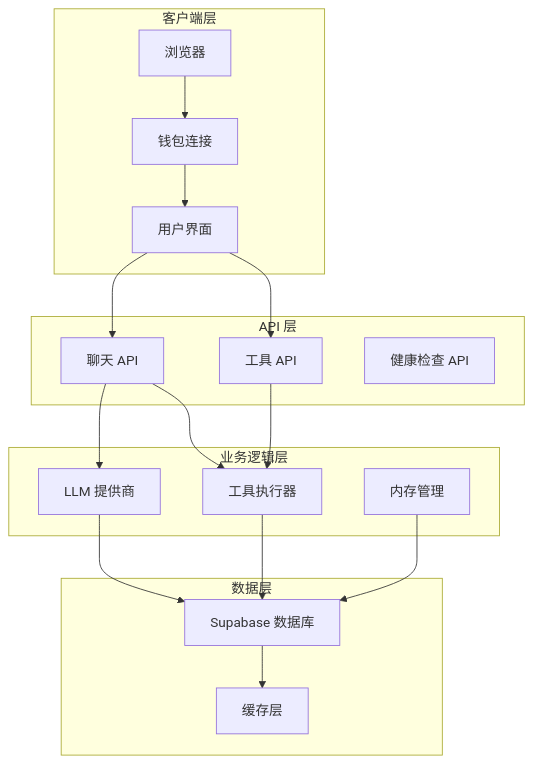
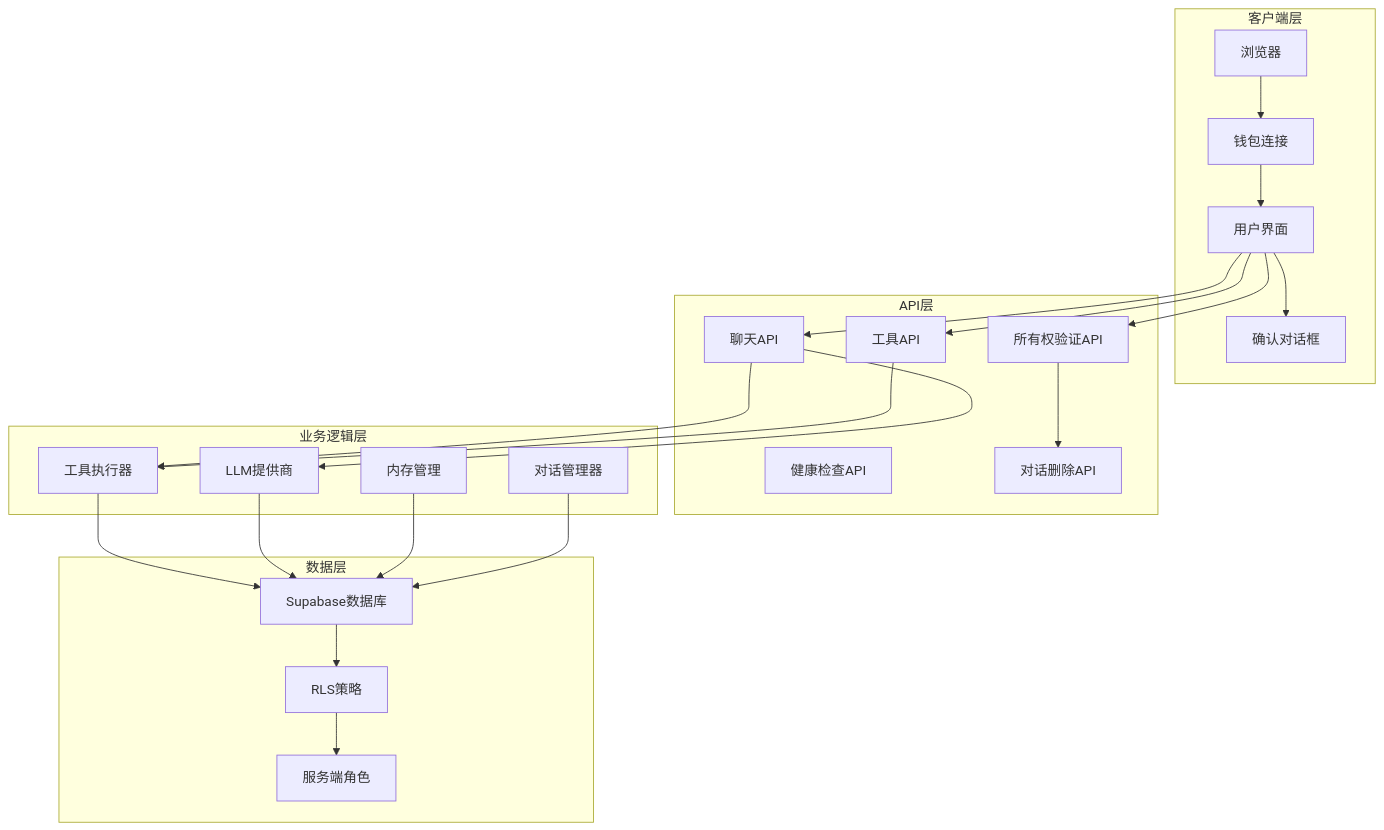
The second of 12 diagrams in .qoder/repowiki/zh/content/风险控制与安全/安全增强系统.md (CryptoLinxu/Web3-AI-Agent), drawn with Mermaid before and after one commit. The commit also changed other lines of this file and 11 other files, not shown here.

````diff
--- a/.qoder/repowiki/zh/content/风险控制与安全/安全增强系统.md
+++ b/.qoder/repowiki/zh/content/风险控制与安全/安全增强系统.md
@@ -110,33 +151,43 @@
 ```mermaid
 graph TB
 subgraph "客户端层"
 Browser[浏览器]
 Wallet[钱包连接]
 UI[用户界面]
+ConfirmDialog[确认对话框]
 end
-subgraph "API 层"
-ChatAPI[聊天 API]
-ToolsAPI[工具 API]
-HealthAPI[健康检查 API]
+subgraph "API层"
+ChatAPI[聊天API]
+ToolsAPI[工具API]
+HealthAPI[健康检查API]
+VerifyAPI[所有权验证API]
+DeleteAPI[对话删除API]
 end
 subgraph "业务逻辑层"
-LLMProvider[LLM 提供商]
+LLMProvider[LLM提供商]
 ToolExecutor[工具执行器]
 MemoryManager[内存管理]
+ConversationManager[对话管理器]
 end
 subgraph "数据层"
-SupabaseDB[Supabase 数据库]
-Cache[缓存层]
+SupabaseDB[Supabase数据库]
+RLSPolicies[RLS策略]
+ServiceRole[服务端角色]
 end
 Browser --> Wallet
 Wallet --> UI
+UI --> ConfirmDialog
 UI --> ChatAPI
 UI --> ToolsAPI
+UI --> VerifyAPI
+VerifyAPI --> DeleteAPI
 ChatAPI --> LLMProvider
 ChatAPI --> ToolExecutor
 ToolsAPI --> ToolExecutor
 ToolExecutor --> SupabaseDB
 LLMProvider --> SupabaseDB
 MemoryManager --> SupabaseDB
-SupabaseDB --> Cache
+ConversationManager --> SupabaseDB
+SupabaseDB --> RLSPolicies
+RLSPolicies --> ServiceRole
 ```
````
